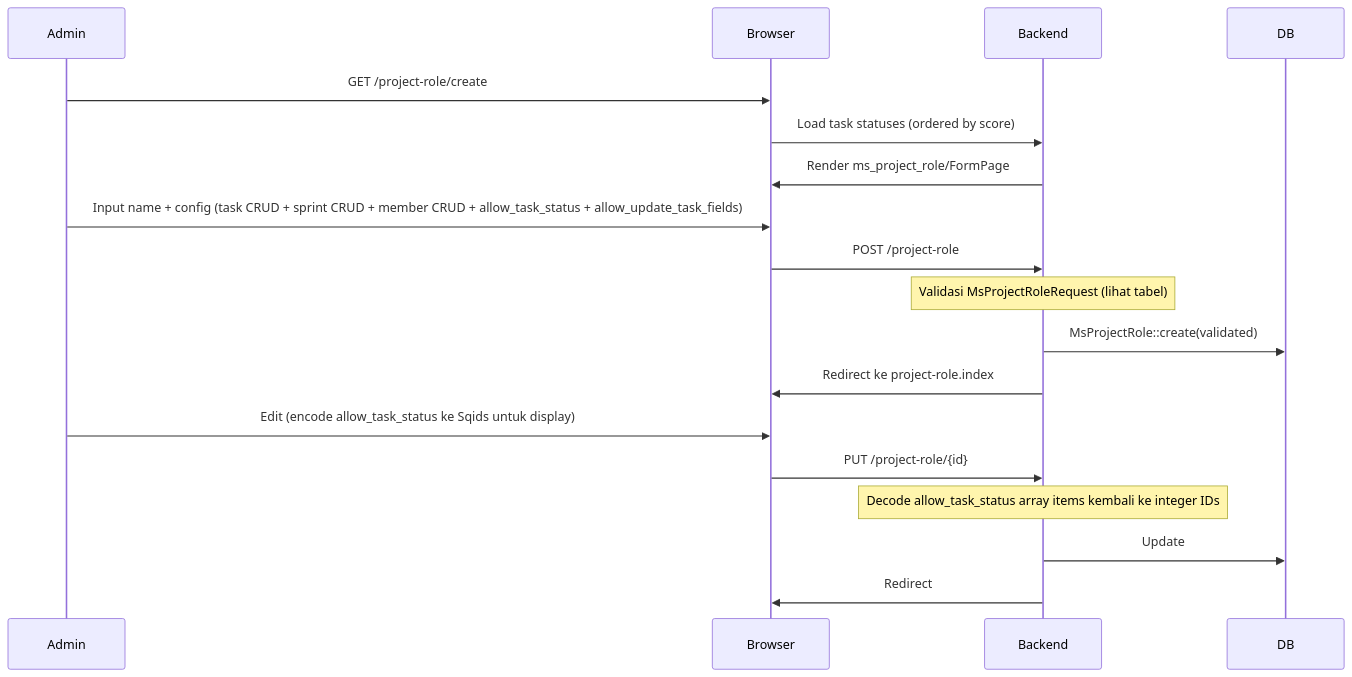
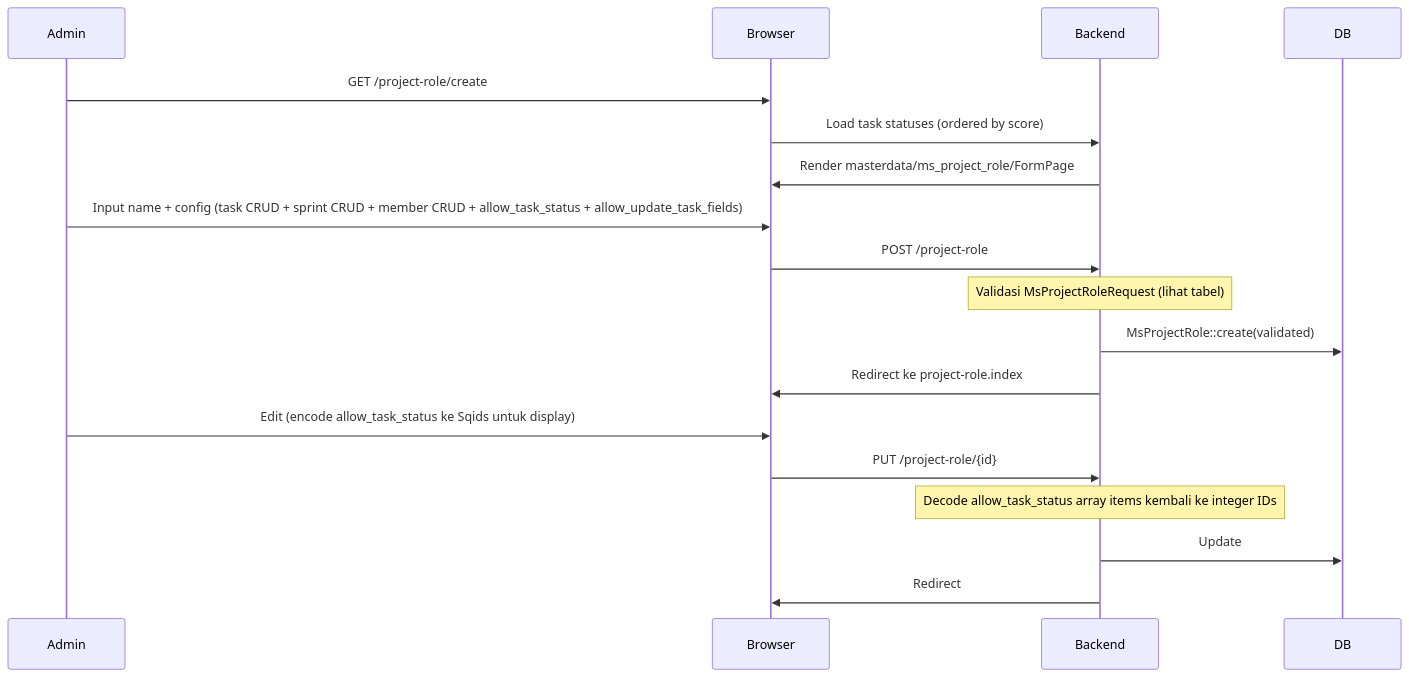
Before and after one commit to priamitra273/laptoplain: the second of 2 diagrams in docs/master-data/overview.md, drawn with Mermaid. The commit also changed other lines of this file and 108 other files, not shown here.

First line of the commit message:
feat: build out project-lazy tabs (Kanban, Report, Team, Detail, Timeline) on Nuxt UI

````diff
--- a/docs/master-data/overview.md
+++ b/docs/master-data/overview.md
@@ -91,19 +91,19 @@
 ```mermaid
 sequenceDiagram
     Admin->>Browser: GET /project-role/create
     Browser->>Backend: Load task statuses (ordered by score)
-    Backend->>Browser: Render ms_project_role/FormPage
+    Backend->>Browser: Render masterdata/ms_project_role/FormPage
 
     Admin->>Browser: Input name + config (task CRUD + sprint CRUD + member CRUD + allow_task_status + allow_update_task_fields)
     Browser->>Backend: POST /project-role
 
     Note over Backend: Validasi MsProjectRoleRequest (lihat tabel)
     Backend->>DB: MsProjectRole::create(validated)
     Backend->>Browser: Redirect ke project-role.index
 
     Admin->>Browser: Edit (encode allow_task_status ke Sqids untuk display)
     Browser->>Backend: PUT /project-role/{id}
     Note over Backend: Decode allow_task_status array items kembali ke integer IDs
     Backend->>DB: Update
     Backend->>Browser: Redirect
 ```
````
